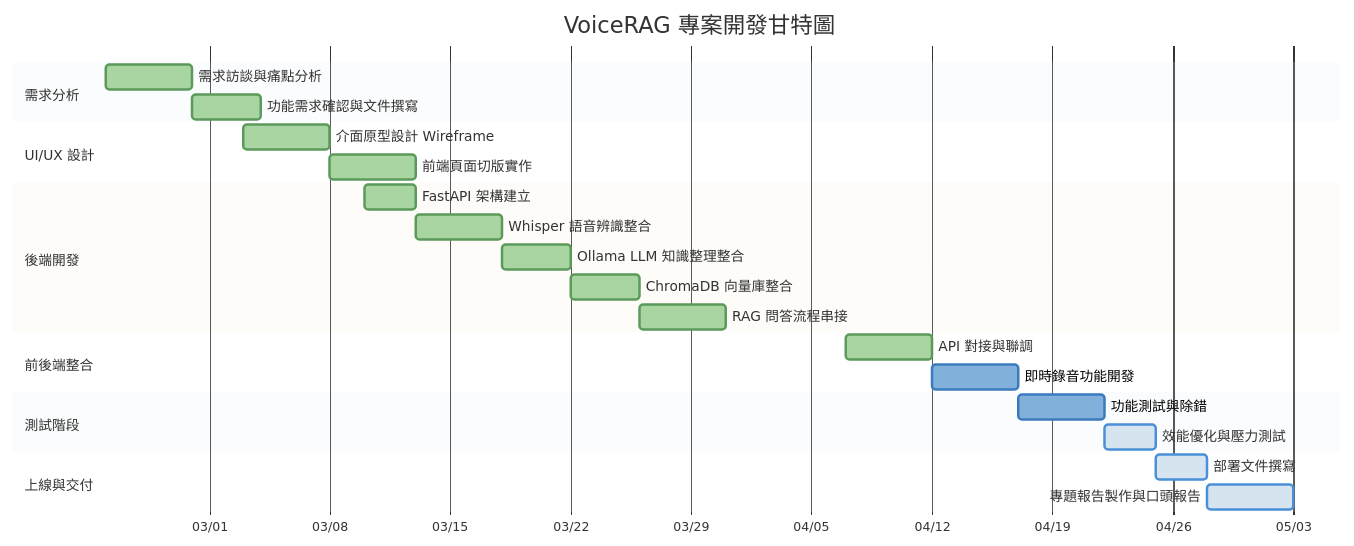
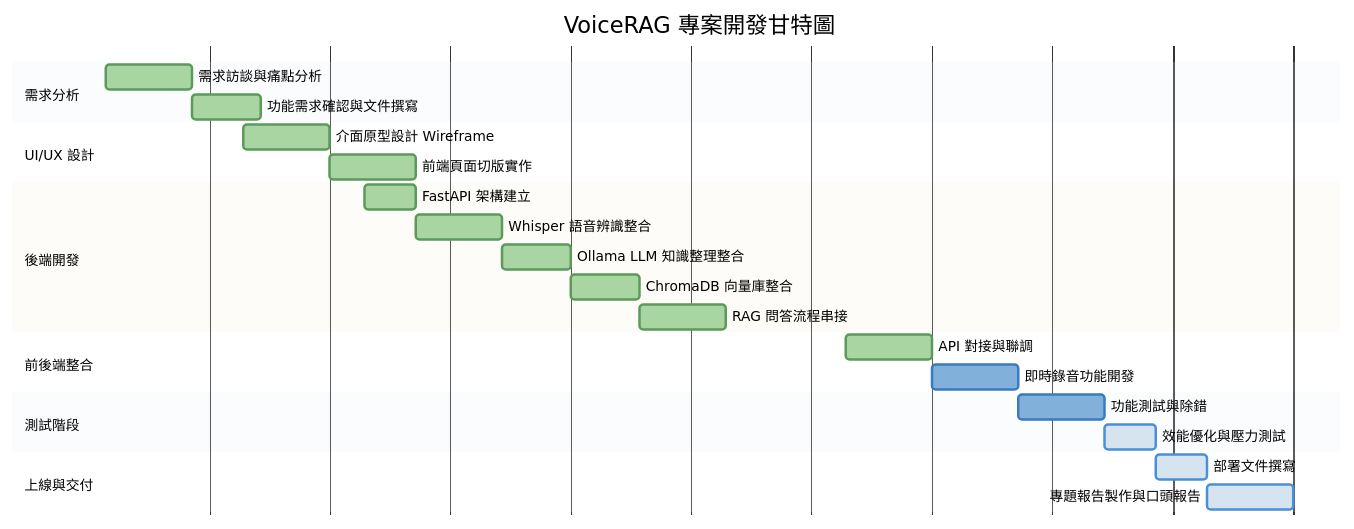
One commit to victorhi2005-lang/VoiceRAG changed the sixth of 6 diagrams in README.md. Above: the diagram before and after it, drawn with Mermaid.

Commit message:
docs: 更新 README 甘特圖樣式與後端程式碼

````diff
--- a/README.md
+++ b/README.md
@@ -340,35 +340,34 @@
 ```mermaid
-%%{init: {'theme': 'base', 'themeVariables': {'primaryColor': '#4A90D9', 'primaryTextColor': '#000', 'primaryBorderColor': '#2C5F8A', 'secondaryColor': '#6FCF97', 'tertiaryColor': '#F2C94C', 'taskTextColor': '#000', 'taskTextOutsideColor': '#333', 'sectionBkgColor': '#E8EEF5', 'sectionBkgColor2': '#F5F0E1', 'gridColor': '#CCCCCC', 'doneTaskBkgColor': '#A8D5A2', 'doneTaskBorderColor': '#5B9A5B', 'activeTaskBkgColor': '#81B1DB', 'activeTaskBorderColor': '#3A7BBF', 'taskBkgColor': '#D6E4F0', 'taskBorderColor': '#4A90D9', 'titleColor': '#333', 'todayLineColor': '#E83737'}}}%%
+%%{init: {'theme': 'base', 'themeVariables': {'primaryColor': '#4A90D9', 'primaryTextColor': '#000', 'primaryBorderColor': '#2C5F8A', 'secondaryColor': '#6FCF97', 'tertiaryColor': '#F2C94C', 'taskTextColor': '#000', 'taskTextOutsideColor': '#000', 'taskTextDarkColor': '#000', 'taskTextClickableColor': '#000', 'sectionBkgColor': '#E8EEF5', 'sectionBkgColor2': '#F5F0E1', 'gridColor': 'transparent', 'doneTaskBkgColor': '#A8D5A2', 'doneTaskBorderColor': '#5B9A5B', 'activeTaskBkgColor': '#81B1DB', 'activeTaskBorderColor': '#3A7BBF', 'taskBkgColor': '#D6E4F0', 'taskBorderColor': '#4A90D9', 'titleColor': '#000', 'todayLineColor': 'transparent', 'textColor': '#000'}}}%%
 gantt
     title VoiceRAG 專案開發甘特圖
     dateFormat YYYY-MM-DD
-    axisFormat %m/%d
+    axisFormat  
 
     section 需求分析
     需求訪談與痛點分析       :done, req1, 2026-02-23, 5d
     功能需求確認與文件撰寫   :done, req2, after req1, 4d
 
     section UI/UX 設計
     介面原型設計 Wireframe    :done, ui1, 2026-03-03, 5d
     前端頁面切版實作          :done, ui2, after ui1, 5d
 
     section 後端開發
     FastAPI 架構建立          :done, dev1, 2026-03-10, 3d
     Whisper 語音辨識整合      :done, dev2, after dev1, 5d
     Ollama LLM 知識整理整合   :done, dev3, after dev2, 4d
     ChromaDB 向量庫整合       :done, dev4, after dev3, 4d
     RAG 問答流程串接          :done, dev5, after dev4, 5d
 
     section 前後端整合
     API 對接與聯調            :done, int1, 2026-04-07, 5d
     即時錄音功能開發          :active, int2, after int1, 5d
 
     section 測試階段
     功能測試與除錯            :active, test1, 2026-04-17, 5d
     效能優化與壓力測試        :test2, after test1, 3d
 
     section 上線與交付
     部署文件撰寫              :doc1, 2026-04-25, 3d
     專題報告製作與口頭報告    :doc2, after doc1, 5d
-
 ```
````
